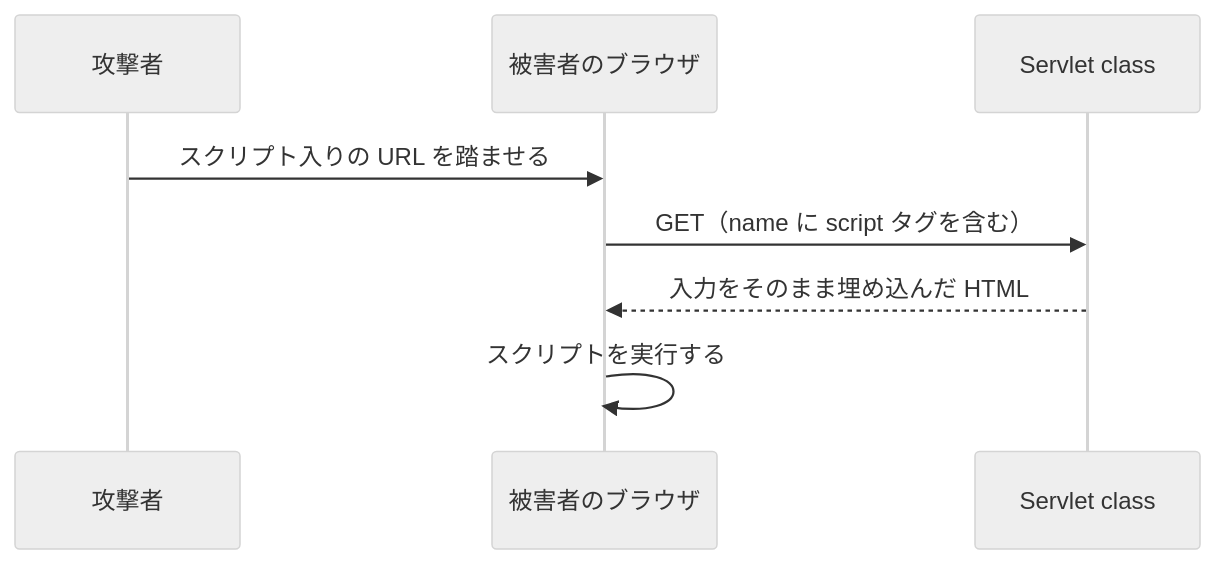
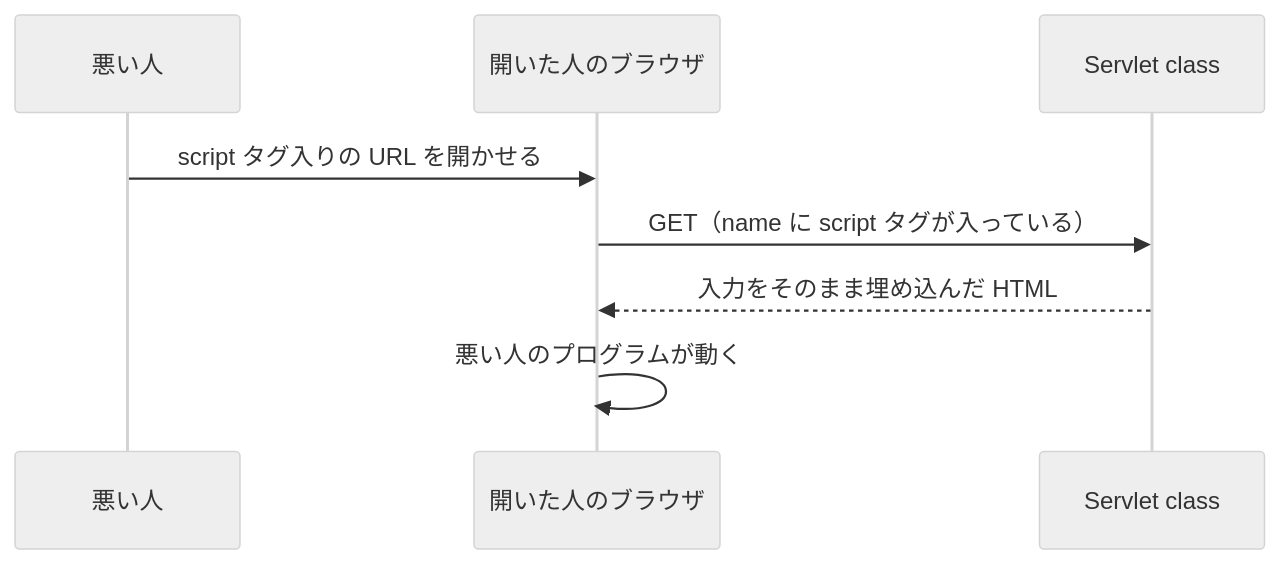
The diagram in servlet/04-html-response/04-xss-and-escaping.md (Appricot144/teaching-material), drawn with Mermaid (neutral theme) before and after one commit. The commit also changed other lines of this file and 3 other files, not shown here.

````diff
--- a/servlet/04-html-response/04-xss-and-escaping.md
+++ b/servlet/04-html-response/04-xss-and-escaping.md
@@ -16,10 +30,10 @@
 ```mermaid
 sequenceDiagram
-    participant A as 攻撃者
-    participant V as 被害者のブラウザ
+    participant A as 悪い人
+    participant V as 開いた人のブラウザ
     participant S as Servlet class
-    A->>V: スクリプト入りの URL を踏ませる
-    V->>S: GET（name に script タグを含む）
+    A->>V: script タグ入りの URL を開かせる
+    V->>S: GET（name に script タグが入っている）
     S-->>V: 入力をそのまま埋め込んだ HTML
-    V->>V: スクリプトを実行する
+    V->>V: 悪い人のプログラムが動く
 ```
````
